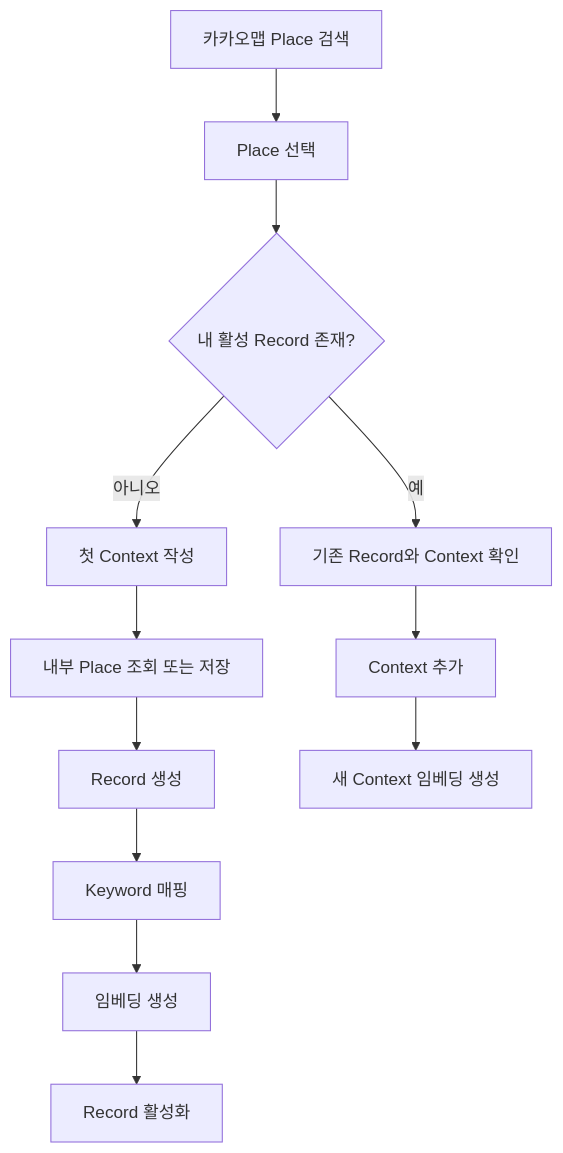
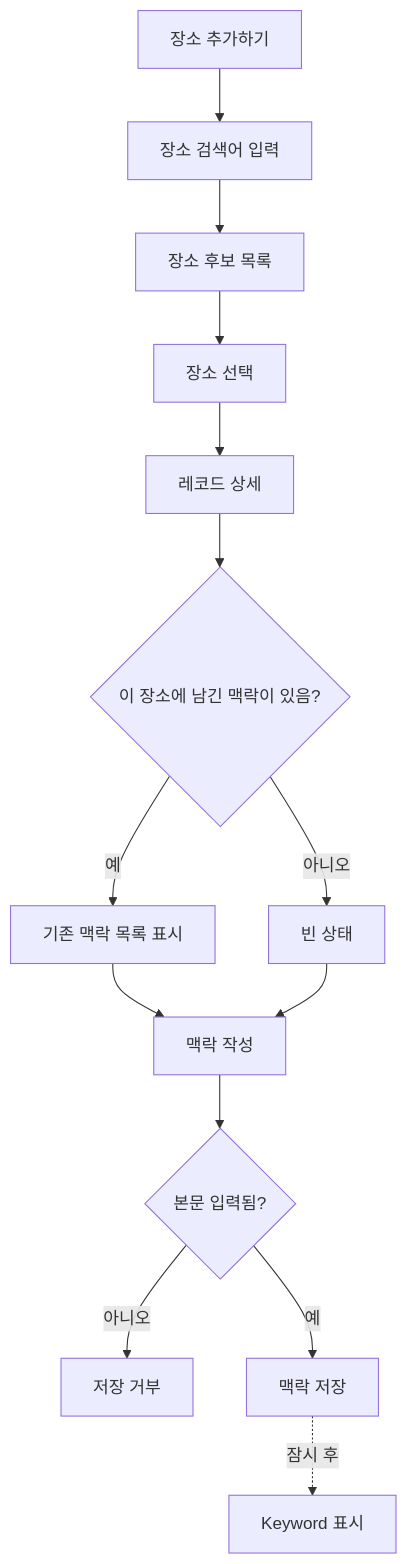
One commit to Team-PinLog/docs changed the second of 12 diagrams in draft/09_유저플로우.md. Above: the diagram before and after it, drawn with Mermaid. The commit also changed other lines of this file and 2 other files, not shown here.

Commit message:
1차 유저플로우 수정

````diff
--- a/draft/09_유저플로우.md
+++ b/draft/09_유저플로우.md
@@ -17,14 +41,16 @@
 ```mermaid
 flowchart TD
-    A[카카오맵 Place 검색] --> B[Place 선택]
-    B --> C{내 활성 Record 존재?}
-    C -- 아니오 --> D[첫 Context 작성]
-    D --> E[내부 Place 조회 또는 저장]
-    E --> F[Record 생성]
-    F --> G[Keyword 매핑]
-    G --> H[임베딩 생성]
-    H --> I[Record 활성화]
-    C -- 예 --> J[기존 Record와 Context 확인]
-    J --> K[Context 추가]
-    K --> L[새 Context 임베딩 생성]
+    A[장소 추가하기] --> B[장소 검색어 입력]
+    B --> C[장소 후보 목록]
+    C --> D[장소 선택]
+    D --> E[레코드 상세]
+    E --> F{이 장소에 남긴 맥락이 있음?}
+    F -- 예 --> G[기존 맥락 목록 표시]
+    F -- 아니오 --> H[빈 상태]
+    G --> I[맥락 작성]
+    H --> I
+    I --> J{본문 입력됨?}
+    J -- 아니오 --> K[저장 거부]
+    J -- 예 --> L[맥락 저장]
+    L -.잠시 후.-> M[Keyword 표시]
 ```
````
